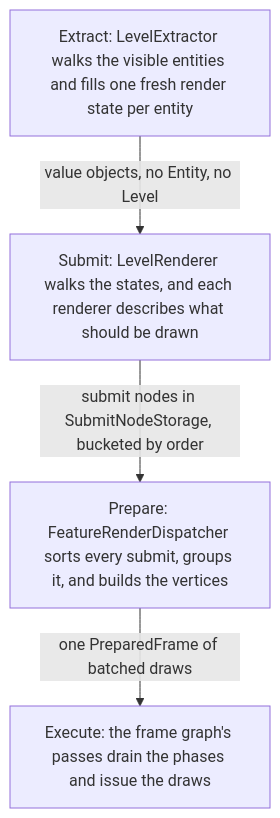
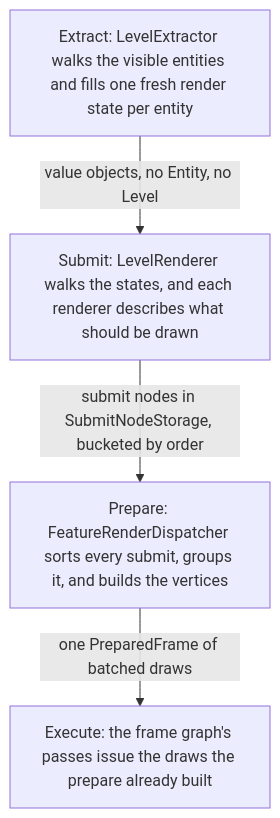
Before and after one commit to AlexanderjFraser/MinecraftDocs: the first of 2 diagrams in src/systems/rendering/entity-rendering.md, drawn with Mermaid. The commit also changed other lines of this file and 1 other file, not shown here.

````diff
--- a/src/systems/rendering/entity-rendering.md
+++ b/src/systems/rendering/entity-rendering.md
@@ -38,10 +38,10 @@
 ```mermaid
 flowchart TD
     E["Extract: LevelExtractor walks the visible entities and fills one fresh render state per entity"]
     S["Submit: LevelRenderer walks the states, and each renderer describes what should be drawn"]
     P["Prepare: FeatureRenderDispatcher sorts every submit, groups it, and builds the vertices"]
-    X["Execute: the frame graph's passes drain the phases and issue the draws"]
+    X["Execute: the frame graph's passes issue the draws the prepare already built"]
     E -- "value objects, no Entity, no Level" --> S
     S -- "submit nodes in SubmitNodeStorage, bucketed by order" --> P
     P -- "one PreparedFrame of batched draws" --> X
 ```
````
